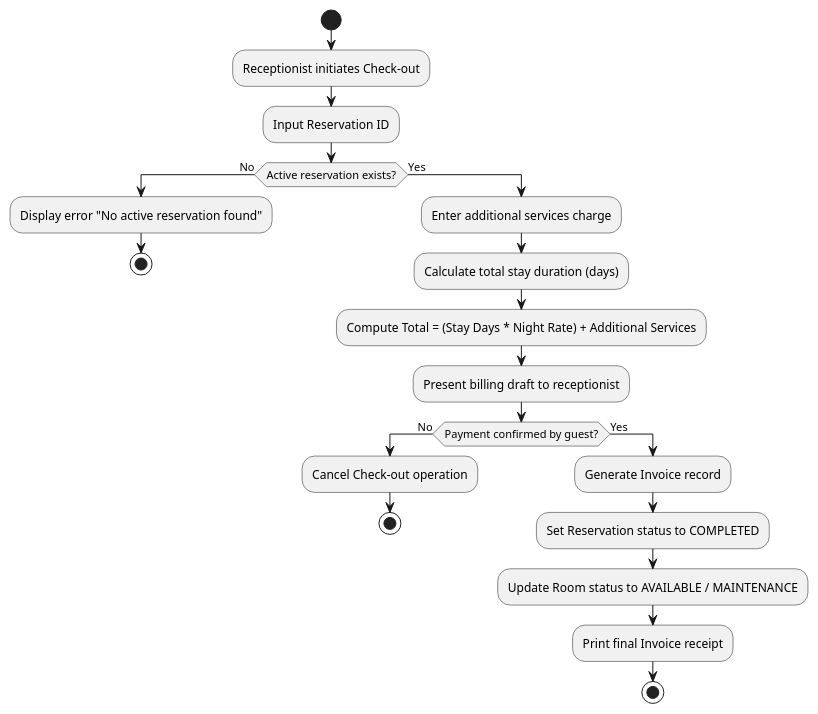
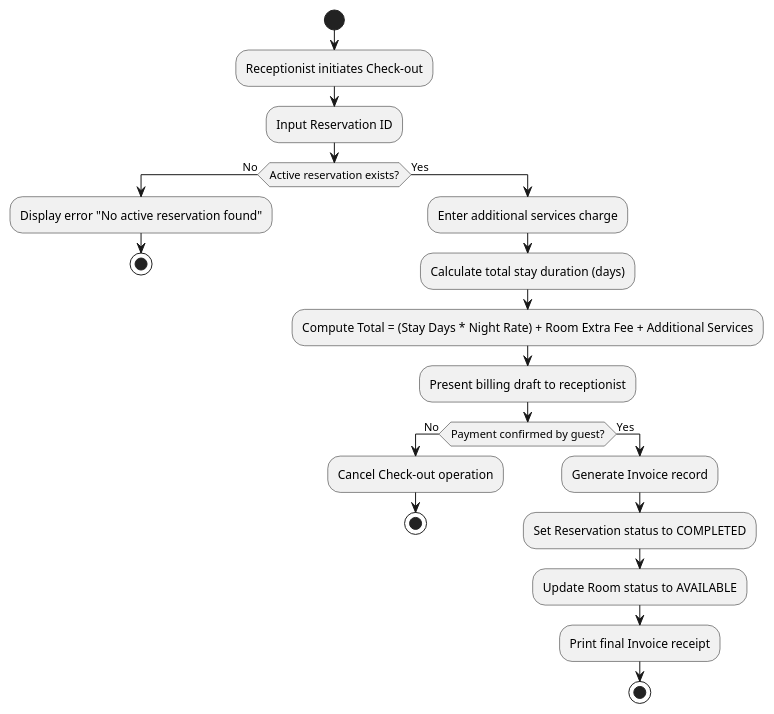
One commit to Johan117z/Proyect_system_hotel changed the fourth of 4 diagrams in Fase3_Diagramas_UML/UML_DIAGRAMS.md. Above: the diagram before and after it, drawn with PlantUML. The commit also changed other lines of this file, not shown here.

Commit message:
docs(uml): update diagrams to match code

````diff
--- a/Fase3_Diagramas_UML/UML_DIAGRAMS.md
+++ b/Fase3_Diagramas_UML/UML_DIAGRAMS.md
@@ -194,28 +246,28 @@
 ```plantuml
 @startuml
 start
 :Receptionist initiates Check-out;
 :Input Reservation ID;
 
 if (Active reservation exists?) then (No)
     :Display error "No active reservation found";
     stop
 else (Yes)
     :Enter additional services charge;
     :Calculate total stay duration (days);
-    :Compute Total = (Stay Days * Night Rate) + Additional Services;
+    :Compute Total = (Stay Days * Night Rate) + Room Extra Fee + Additional Services;
     :Present billing draft to receptionist;
 
     if (Payment confirmed by guest?) then (No)
         :Cancel Check-out operation;
         stop
     else (Yes)
         :Generate Invoice record;
         :Set Reservation status to COMPLETED;
-        :Update Room status to AVAILABLE / MAINTENANCE;
+        :Update Room status to AVAILABLE;
         :Print final Invoice receipt;
         stop
     endif
 endif
 @enduml
 ```
````
